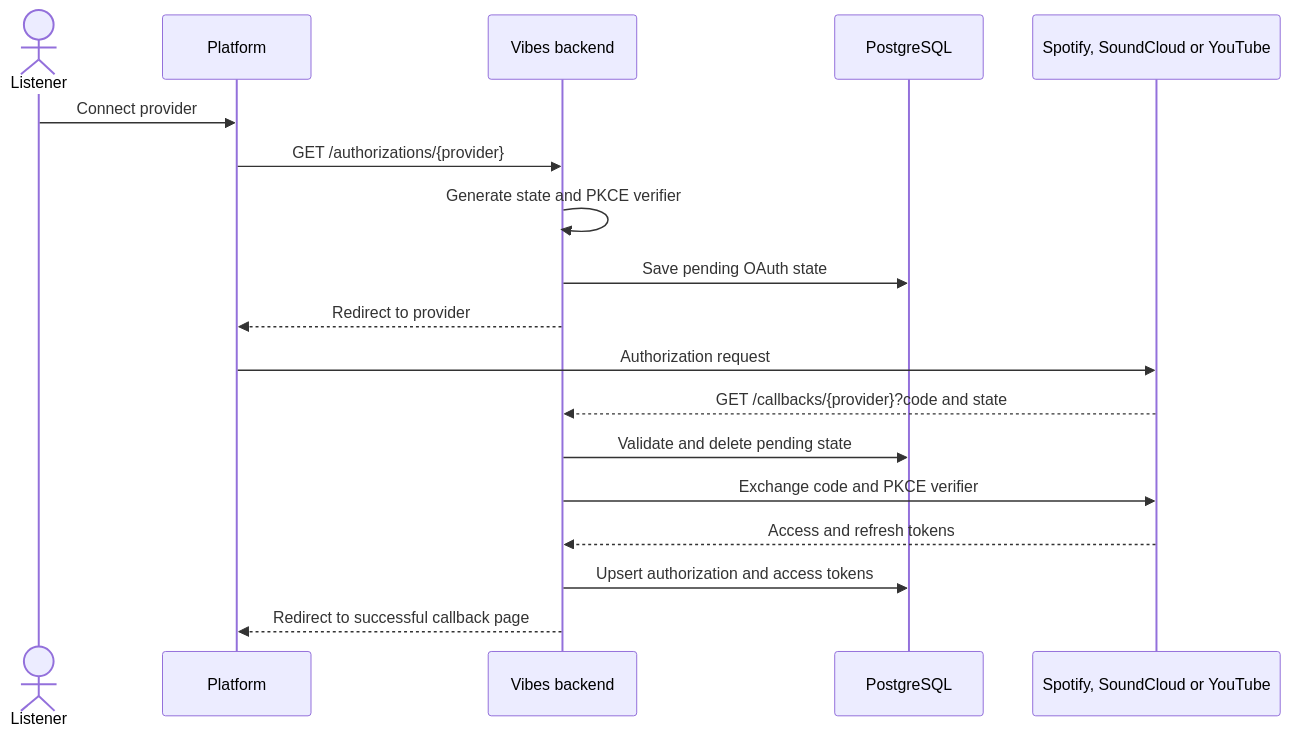
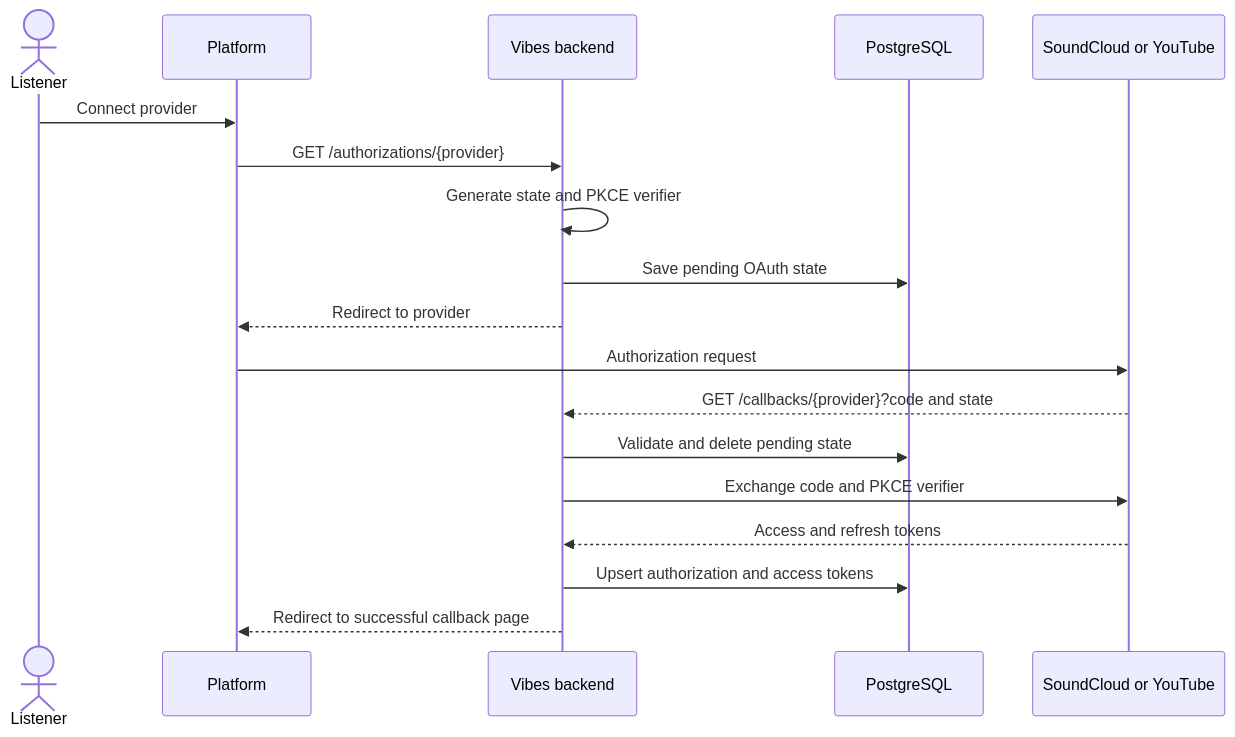
Before and after one commit to zoff-music/vibes-backend: the first of 2 diagrams in docs/flows/authorization.md, drawn with Mermaid. The commit also changed other lines of this file and 26 other files, not shown here.

````diff
--- a/docs/flows/authorization.md
+++ b/docs/flows/authorization.md
@@ -9,21 +9,21 @@
 ```mermaid
 sequenceDiagram
     actor Listener
     participant Platform
     participant API as Vibes backend
     participant DB as PostgreSQL
-    participant Provider as Spotify, SoundCloud or YouTube
+    participant Provider as SoundCloud or YouTube
 
     Listener->>Platform: Connect provider
     Platform->>API: GET /authorizations/{provider}
     API->>API: Generate state and PKCE verifier
     API->>DB: Save pending OAuth state
     API-->>Platform: Redirect to provider
     Platform->>Provider: Authorization request
     Provider-->>API: GET /callbacks/{provider}?code and state
     API->>DB: Validate and delete pending state
     API->>Provider: Exchange code and PKCE verifier
     Provider-->>API: Access and refresh tokens
     API->>DB: Upsert authorization and access tokens
     API-->>Platform: Redirect to successful callback page
 ```
````
